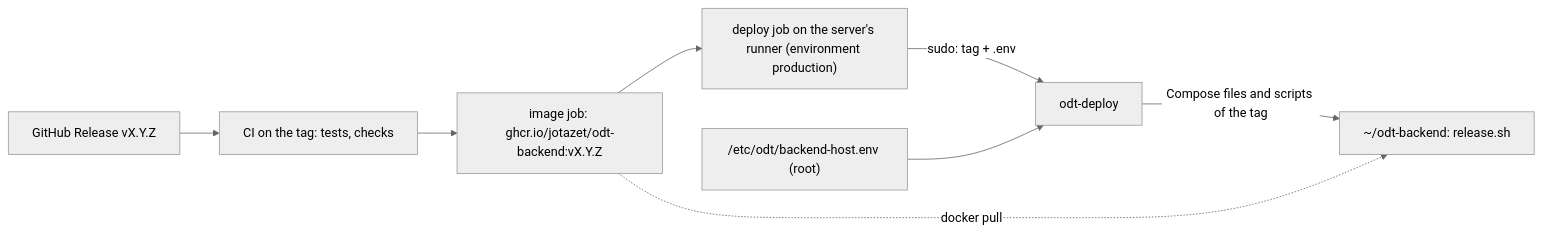
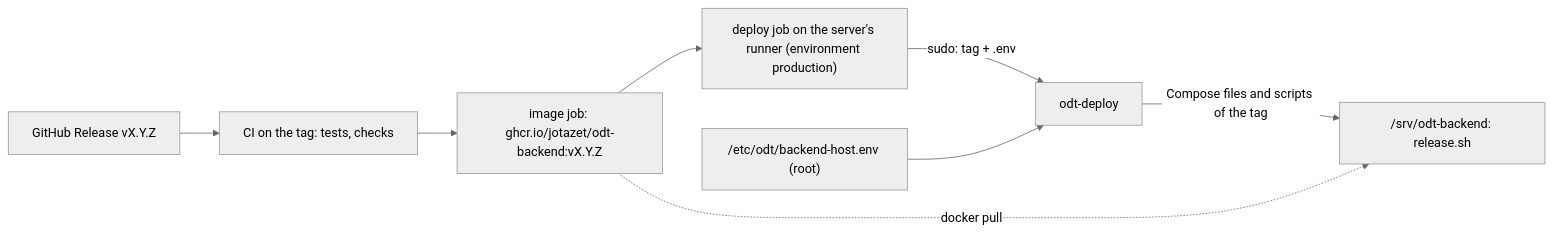
Before and after one commit to jotazet/OtwarteDaneTransportowe-backend: the second of 2 diagrams in docs/deployment.md, drawn with Mermaid (neutral theme). The commit also changed other lines of this file and 5 other files, not shown here.

First line of the commit message:
feat(deploy): deploy as the system user odt into /srv/odt-backend

````diff
--- a/docs/deployment.md
+++ b/docs/deployment.md
@@ -1107,10 +1107,10 @@
 ```mermaid
 flowchart LR
   rel["GitHub Release vX.Y.Z"] --> ci["CI on the tag: tests, checks"]
   ci --> img["image job: ghcr.io/jotazet/odt-backend:vX.Y.Z"]
   img --> job["deploy job on the server's runner (environment production)"]
   job -->|"sudo: tag + .env"| od["odt-deploy"]
   host["/etc/odt/backend-host.env (root)"] --> od
-  od -->|"Compose files and scripts of the tag"| rs["~/odt-backend: release.sh"]
+  od -->|"Compose files and scripts of the tag"| rs["/srv/odt-backend: release.sh"]
   img -.->|docker pull| rs
 ```
````
